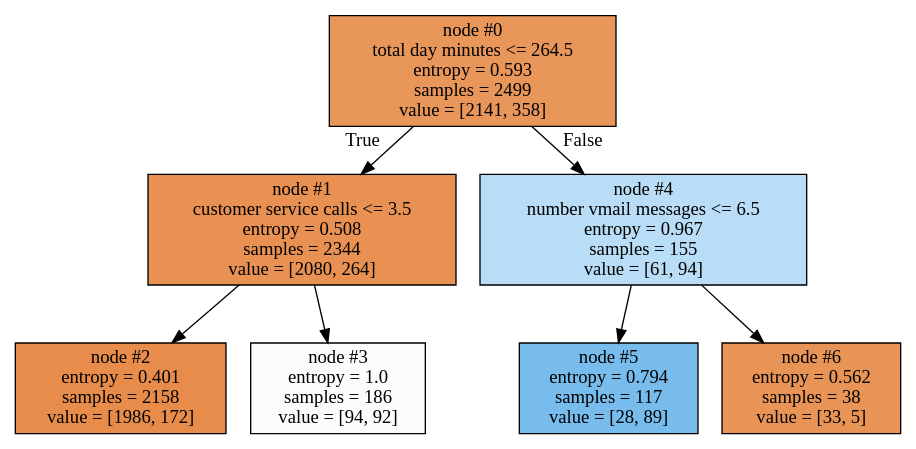
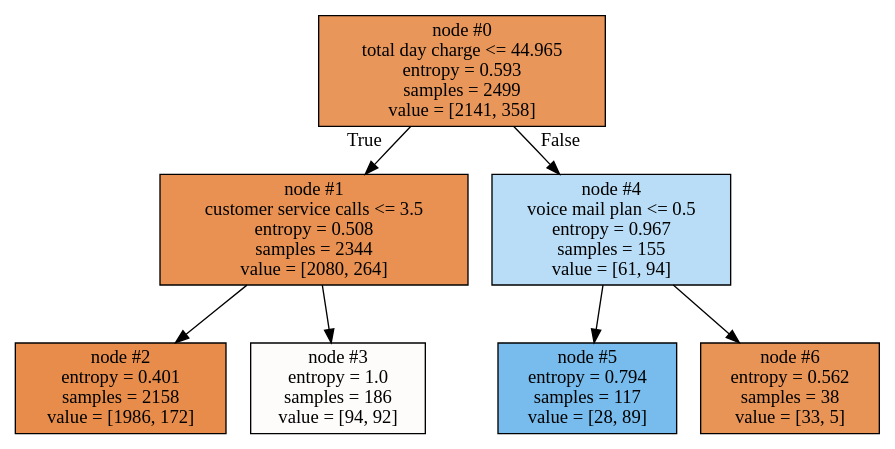
One commit to bmor2552/Module_3_Project changed the diagram in mytree.dot. Above: the diagram before and after it, drawn with Graphviz. The commit also changed 5 other files, not shown here.

```diff
--- a/mytree.dot
+++ b/mytree.dot
@@ -1,20 +1,20 @@
 digraph Tree {
 node [shape=box, style="filled", color="black"] ;
 graph [ranksep=equally, splines=polyline] ;
-0 [label="node #0\ntotal day minutes <= 264.5\nentropy = 0.593\nsamples = 2499\nvalue = [2141, 358]", fillcolor="#e9965a"] ;
+0 [label="node #0\ntotal day charge <= 44.965\nentropy = 0.593\nsamples = 2499\nvalue = [2141, 358]", fillcolor="#e9965a"] ;
 1 [label="node #1\ncustomer service calls <= 3.5\nentropy = 0.508\nsamples = 2344\nvalue = [2080, 264]", fillcolor="#e89152"] ;
 0 -> 1 [labeldistance=2.5, labelangle=45, headlabel="True"] ;
 2 [label="node #2\nentropy = 0.401\nsamples = 2158\nvalue = [1986, 172]", fillcolor="#e78c4a"] ;
 1 -> 2 ;
 3 [label="node #3\nentropy = 1.0\nsamples = 186\nvalue = [94, 92]", fillcolor="#fefcfb"] ;
 1 -> 3 ;
-4 [label="node #4\nnumber vmail messages <= 6.5\nentropy = 0.967\nsamples = 155\nvalue = [61, 94]", fillcolor="#b9ddf6"] ;
+4 [label="node #4\nvoice mail plan <= 0.5\nentropy = 0.967\nsamples = 155\nvalue = [61, 94]", fillcolor="#b9ddf6"] ;
 0 -> 4 [labeldistance=2.5, labelangle=-45, headlabel="False"] ;
 5 [label="node #5\nentropy = 0.794\nsamples = 117\nvalue = [28, 89]", fillcolor="#77bced"] ;
 4 -> 5 ;
 6 [label="node #6\nentropy = 0.562\nsamples = 38\nvalue = [33, 5]", fillcolor="#e99457"] ;
 4 -> 6 ;
 {rank=same ; 0} ;
 {rank=same ; 1; 4} ;
 {rank=same ; 2; 3; 5; 6} ;
 }
```
